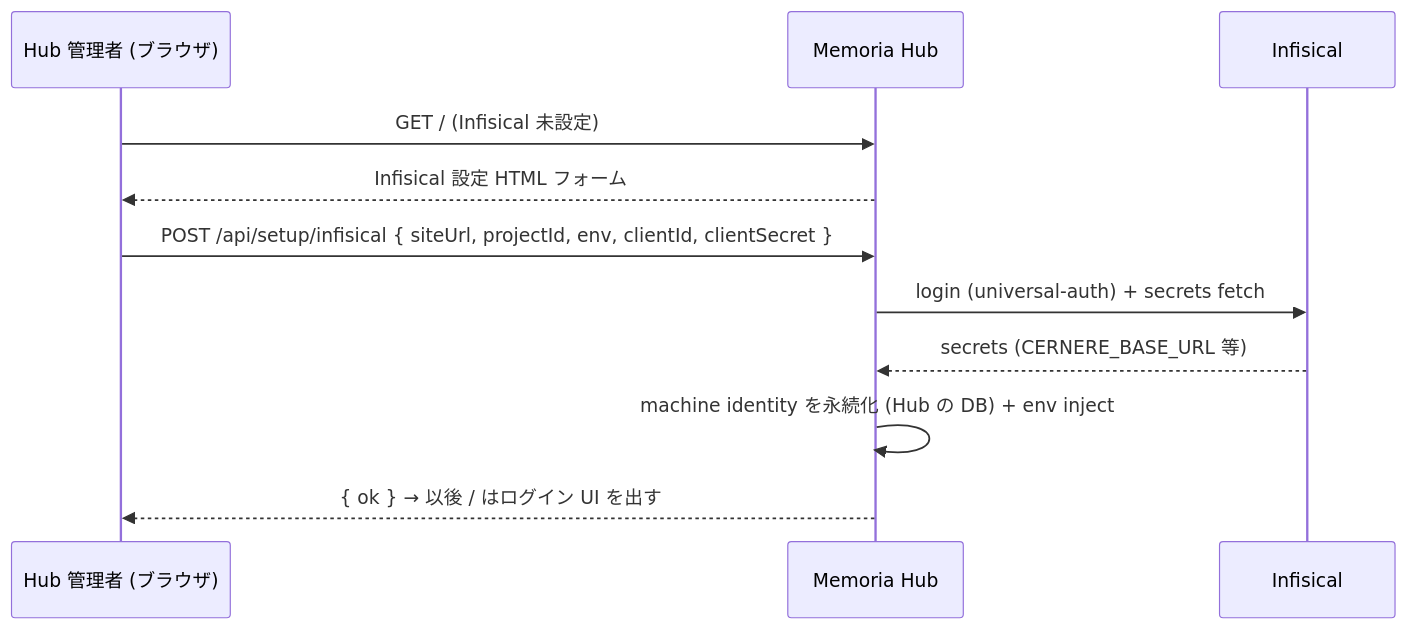
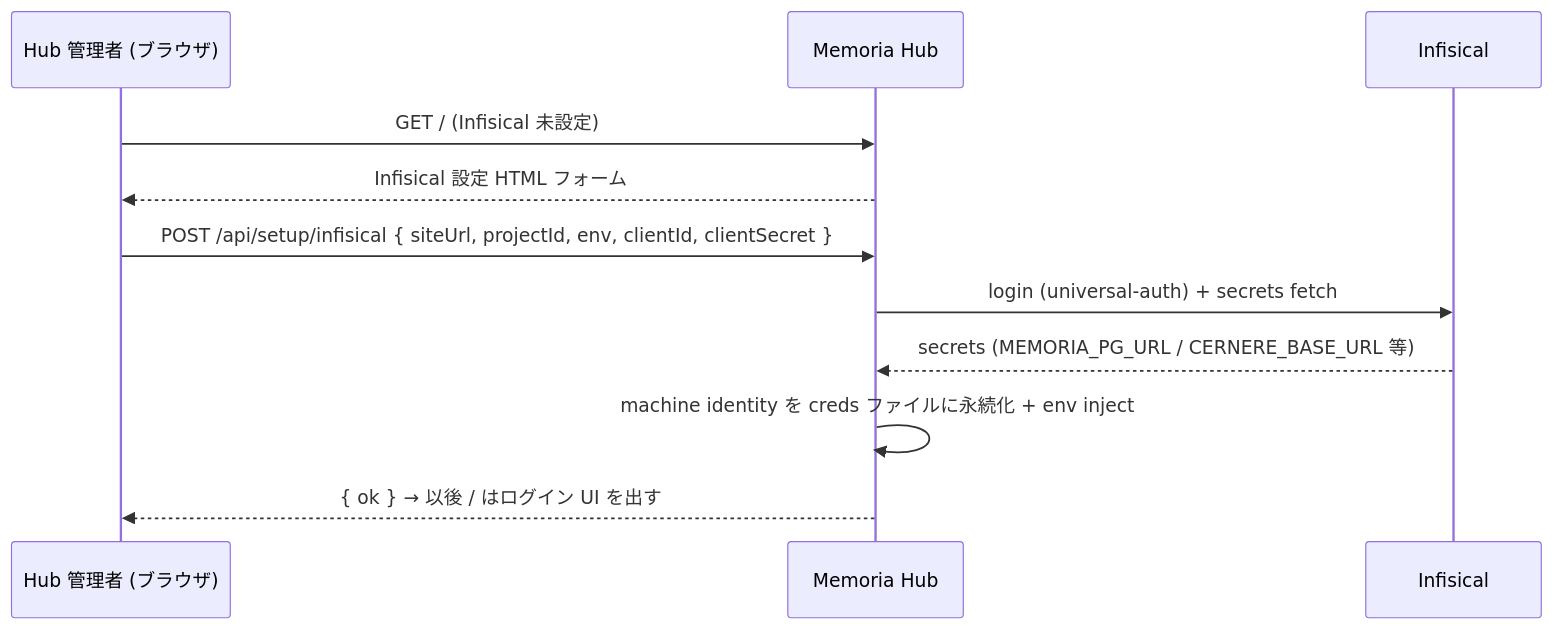
Before and after one commit to LUDIARS/Memoria: the first of 3 diagrams in spec/feature/multi-hub.md, drawn with Mermaid. The commit also changed other lines of this file and 20 other files, not shown here.

First line of the commit message:
feat: Memoria Hub 二層化 (Local / Multi データソース切替) (#157)

````diff
--- a/spec/feature/multi-hub.md
+++ b/spec/feature/multi-hub.md
@@ -104,14 +104,14 @@
 ```mermaid
 sequenceDiagram
     participant Admin as Hub 管理者 (ブラウザ)
     participant Hub as Memoria Hub
     participant Infisical as Infisical
 
     Admin->>Hub: GET /  (Infisical 未設定)
     Hub-->>Admin: Infisical 設定 HTML フォーム
     Admin->>Hub: POST /api/setup/infisical { siteUrl, projectId, env, clientId, clientSecret }
     Hub->>Infisical: login (universal-auth) + secrets fetch
-    Infisical-->>Hub: secrets (CERNERE_BASE_URL 等)
-    Hub->>Hub: machine identity を永続化 (Hub の DB) + env inject
+    Infisical-->>Hub: secrets (MEMORIA_PG_URL / CERNERE_BASE_URL 等)
+    Hub->>Hub: machine identity を creds ファイルに永続化 + env inject
     Hub-->>Admin: { ok }  → 以後 / はログイン UI を出す
 ```
````
